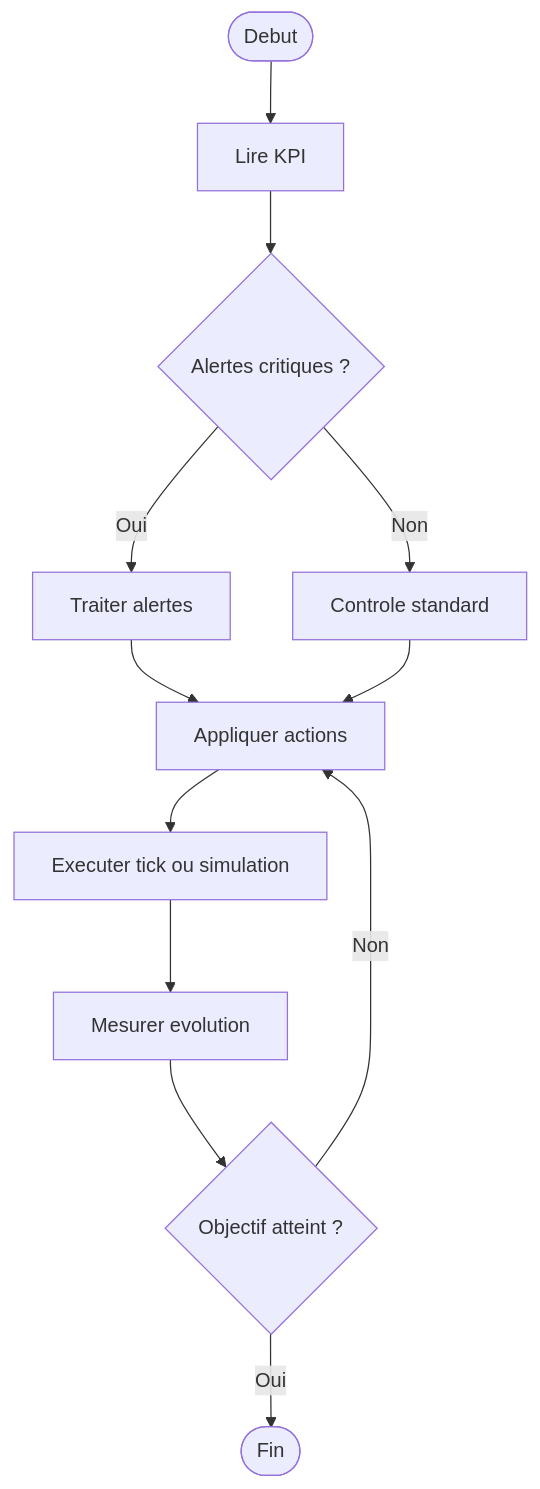
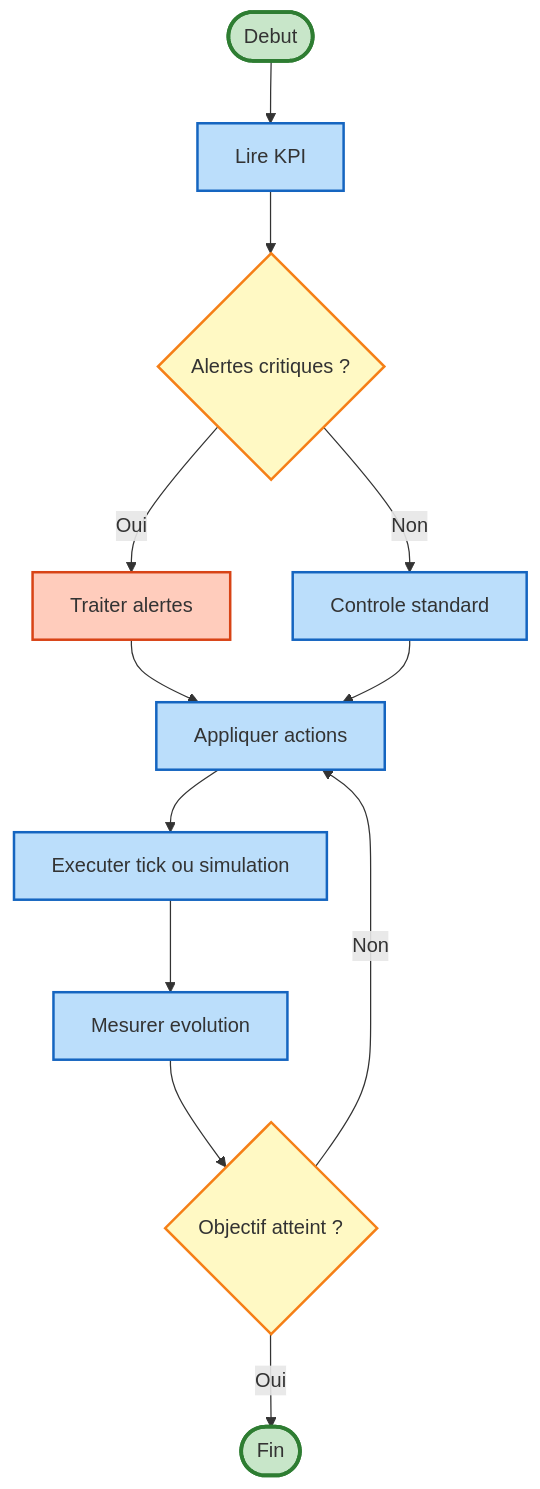
The eighth of 10 diagrams in docs/index.md (fasai444/GreenDesk), drawn with Mermaid before and after one commit. The commit also changed other lines of this file and 6 other files, not shown here.

````diff
--- a/docs/index.md
+++ b/docs/index.md
@@ -422,14 +491,24 @@
 ```mermaid
 flowchart TD
-	start([Debut]) --> kpi[Lire KPI]
-	kpi --> alert{Alertes critiques ?}
-	alert -->|Oui| treat[Traiter alertes]
-	alert -->|Non| normal[Controle standard]
-	treat --> action[Appliquer actions]
-	normal --> action
-	action --> tick[Executer tick ou simulation]
-	tick --> measure[Mesurer evolution]
-	measure --> goal{Objectif atteint ?}
-	goal -->|Non| action
-	goal -->|Oui| finish([Fin])
+    start([Debut]) --> kpi[Lire KPI]
+    kpi --> alert{Alertes critiques ?}
+    alert -->|Oui| treat[Traiter alertes]
+    alert -->|Non| normal[Controle standard]
+    treat --> action[Appliquer actions]
+    normal --> action
+    action --> tick[Executer tick ou simulation]
+    tick --> measure[Mesurer evolution]
+    measure --> goal{Objectif atteint ?}
+    goal -->|Non| action
+    goal -->|Oui| finish([Fin])
+    
+    classDef startEndStyle fill:#c8e6c9,stroke:#2e7d32,stroke-width:3px
+    classDef processStyle fill:#bbdefb,stroke:#1565c0,stroke-width:2px
+    classDef decisionStyle fill:#fff9c4,stroke:#f57f17,stroke-width:2px
+    classDef alertStyle fill:#ffccbc,stroke:#d84315,stroke-width:2px
+    
+    class start,finish startEndStyle
+    class kpi,normal,action,tick,measure processStyle
+    class alert,goal decisionStyle
+    class treat alertStyle
 ```
````
